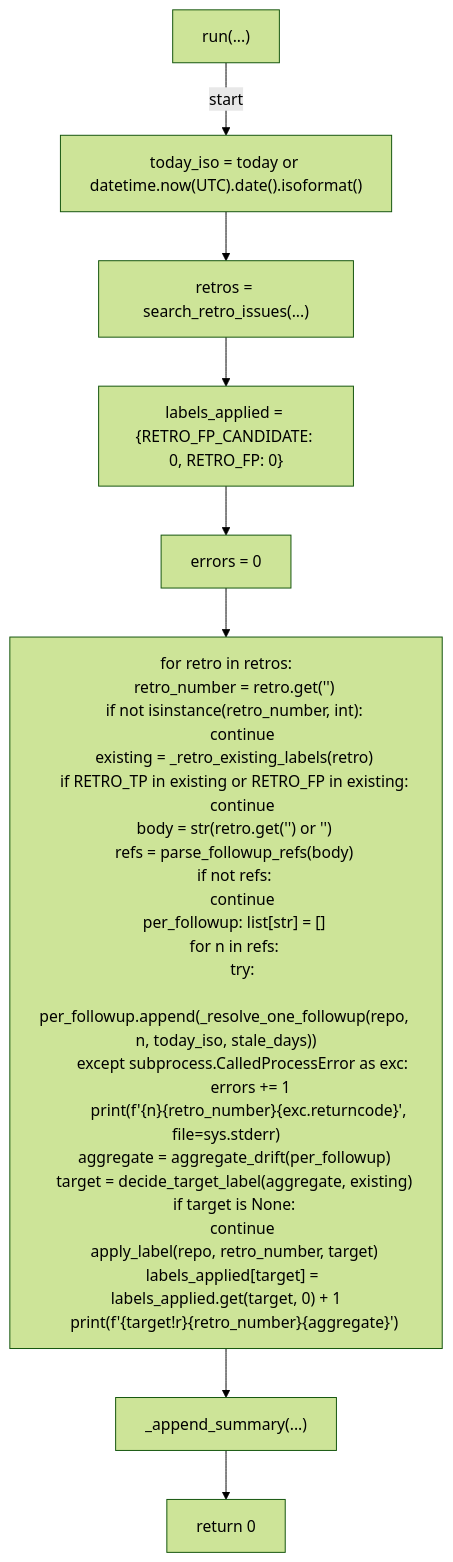
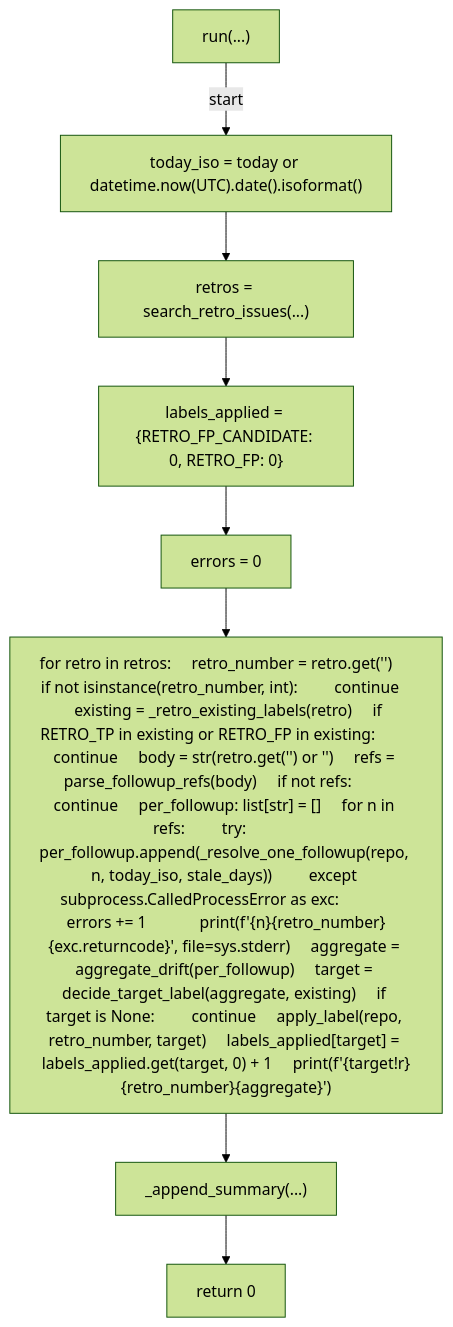
Before and after one commit to tvna/claude-md: diagram 18 of 20 in docs/generated/scripts/ast/scan_retro_followup_drift.md, drawn with Mermaid (forest theme). The commit also changed other lines of this file and 23 other files, not shown here.

First line of the commit message:
docs(generated): regenerate decision tree and workflow diagrams (batch 4/5)

````diff
--- a/docs/generated/scripts/ast/scan_retro_followup_drift.md
+++ b/docs/generated/scripts/ast/scan_retro_followup_drift.md
@@ -332,42 +328,18 @@
 ```mermaid
 flowchart TD
     N001["run(...)"]
     N002["today_iso = today or datetime.now(UTC).date().isoformat()"]
     N003["retros = search_retro_issues(...)"]
     N004["labels_applied = {RETRO_FP_CANDIDATE: 0, RETRO_FP: 0}"]
     N005["errors = 0"]
-    N006["for retro in retros:
-    retro_number = retro.get('<str>')
-    if not isinstance(retro_number, int):
-        continue
-    existing = _retro_existing_labels(retro)
-    if RETRO_TP in existing or RETRO_FP in existing:
-        continue
-    body = str(retro.get('<str>') or '<str>')
-    refs = parse_followup_refs(body)
-    if not refs:
-        continue
-    per_followup: list[str] = []
-    for n in refs:
-        try:
-            per_followup.append(_resolve_one_followup(repo, n, today_iso, stale_days))
-        except subprocess.CalledProcessError as exc:
-            errors += 1
-            print(f'<str>{n}<str>{retro_number}<str>{exc.returncode}<str>', file=sys.stderr)
-    aggregate = aggregate_drift(per_followup)
-    target = decide_target_label(aggregate, existing)
-    if target is None:
-        continue
-    apply_label(repo, retro_number, target)
-    labels_applied[target] = labels_applied.get(target, 0) + 1
-    print(f'<str>{target!r}<str>{retro_number}<str>{aggregate}<str>')"]
+    N006["for retro in retros:     retro_number = retro.get('<str>')     if not isinstance(retro_number, int):         continue     existing = _retro_existing_labels(retro)     if RETRO_TP in existing or RETRO_FP in existing:         continue     body = str(retro.get('<str>') or '<str>')     refs = parse_followup_refs(body)     if not refs:         continue     per_followup: list[str] = []     for n in refs:         try:             per_followup.append(_resolve_one_followup(repo, n, today_iso, stale_days))         except subprocess.CalledProcessError as exc:             errors += 1             print(f'<str>{n}<str>{retro_number}<str>{exc.returncode}<str>', file=sys.stderr)     aggregate = aggregate_drift(per_followup)     target = decide_target_label(aggregate, existing)     if target is None:         continue     apply_label(repo, retro_number, target)     labels_applied[target] = labels_applied.get(target, 0) + 1     print(f'<str>{target!r}<str>{retro_number}<str>{aggregate}<str>')"]
     N007["_append_summary(...)"]
     N008["return 0"]
     N001 -->|"start"| N002
     N002 --> N003
     N003 --> N004
     N004 --> N005
     N005 --> N006
     N006 --> N007
     N007 --> N008
 ```
````
